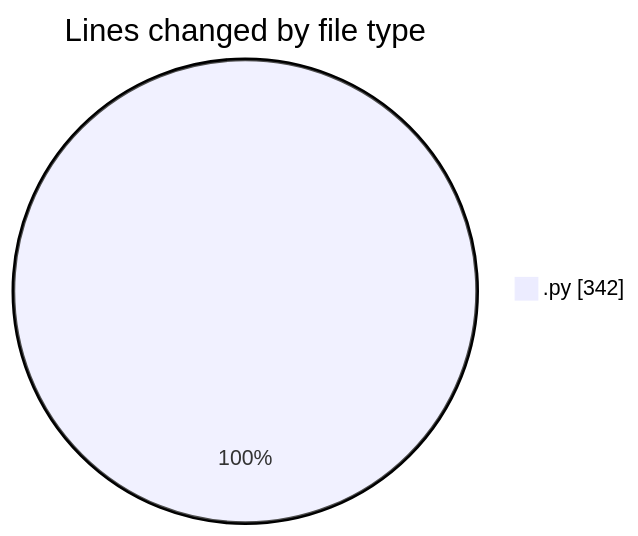
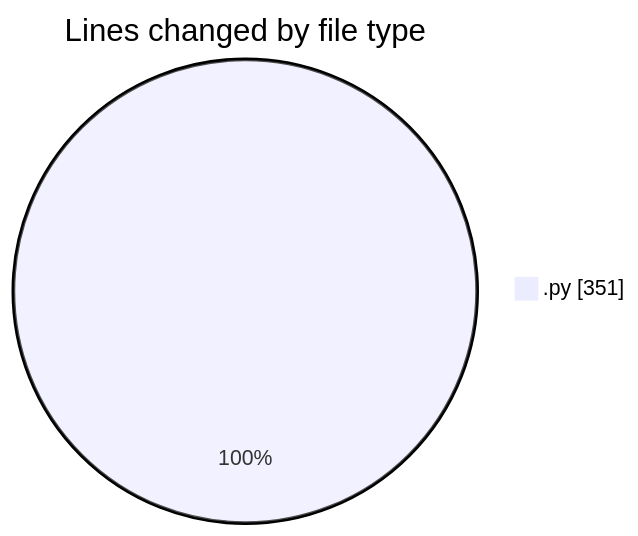
One commit to julien-gomy/code-tracking changed the first of 2 diagrams in 2025-11-04/eventscop-api-guide__workspace_/README.md. Above: the diagram before and after it, drawn with Mermaid. The commit also changed other lines of this file and 1 other file, not shown here.

````diff
--- a/2025-11-04/eventscop-api-guide__workspace_/README.md
+++ b/2025-11-04/eventscop-api-guide__workspace_/README.md
@@ -20,5 +20,5 @@
 ```mermaid
 pie showData
 title Lines changed by file type
-".py" : 342
+".py" : 351
 ```
````
